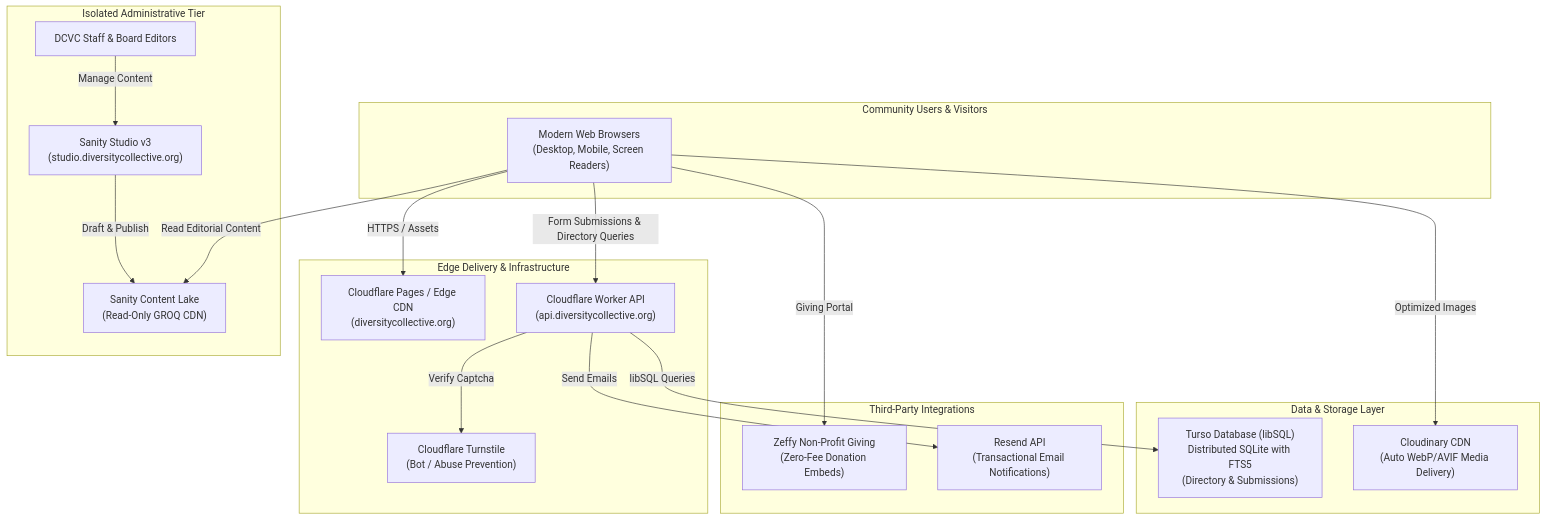
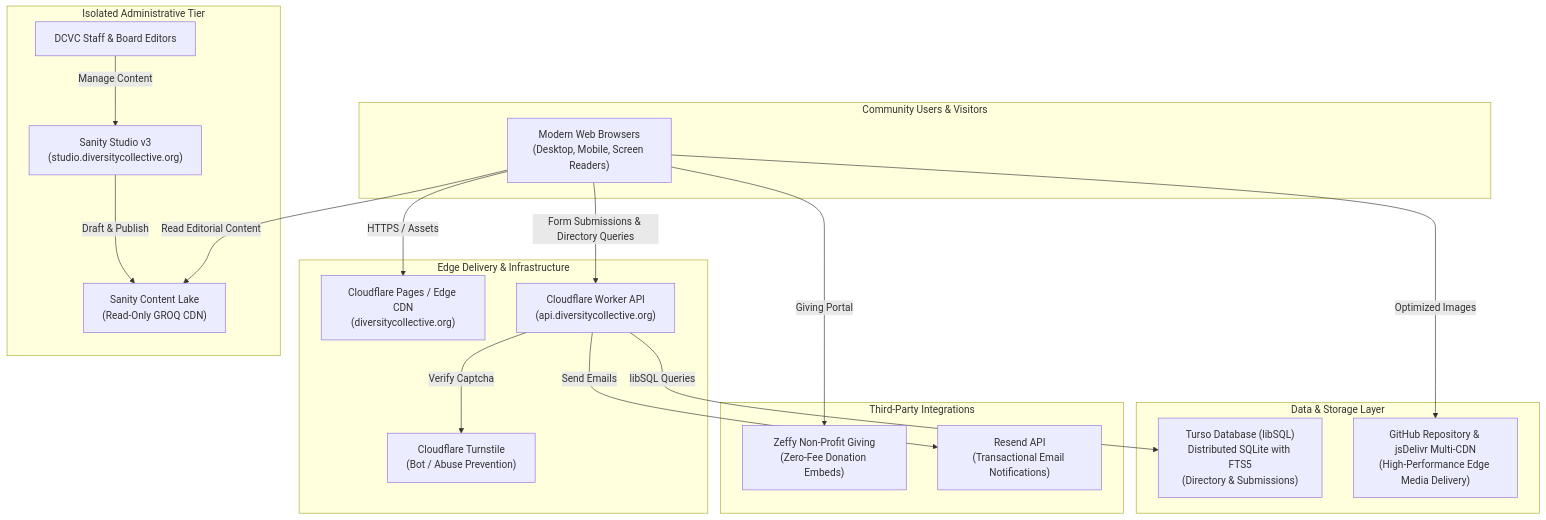
One commit to ritesh2445/diversity-collectives-v1 changed the diagram in ARCHITECTURE.md. Above: the diagram before and after it, drawn with Mermaid. The commit also changed 39 other files, not shown here.

Commit message:
feat(release): DCVC final quality assurance, pre-donation intent flow, and deployment hardening

````diff
--- a/ARCHITECTURE.md
+++ b/ARCHITECTURE.md
@@ -13,41 +13,41 @@
 ```mermaid
 flowchart TD
     subgraph Client ["Community Users & Visitors"]
         Browser["Modern Web Browsers\n(Desktop, Mobile, Screen Readers)"]
     end
 
     subgraph CDN ["Edge Delivery & Infrastructure"]
         CF_Pages["Cloudflare Pages / Edge CDN\n(diversitycollective.org)"]
         CF_Worker["Cloudflare Worker API\n(api.diversitycollective.org)"]
         Turnstile["Cloudflare Turnstile\n(Bot / Abuse Prevention)"]
     end
 
     subgraph Data ["Data & Storage Layer"]
         Turso["Turso Database (libSQL)\nDistributed SQLite with FTS5\n(Directory & Submissions)"]
-        Cloudinary["Cloudinary CDN\n(Auto WebP/AVIF Media Delivery)"]
+        GitHub_CDN["GitHub Repository & jsDelivr Multi-CDN\n(High-Performance Edge Media Delivery)"]
     end
 
     subgraph Integrations ["Third-Party Integrations"]
         Zeffy["Zeffy Non-Profit Giving\n(Zero-Fee Donation Embeds)"]
         Resend["Resend API\n(Transactional Email Notifications)"]
     end
 
     subgraph Admin ["Isolated Administrative Tier"]
         Sanity_Studio["Sanity Studio v3\n(studio.diversitycollective.org)"]
         Sanity_CDN["Sanity Content Lake\n(Read-Only GROQ CDN)"]
         Staff["DCVC Staff & Board Editors"]
     end
 
     Browser -->|HTTPS / Assets| CF_Pages
     Browser -->|Form Submissions & Directory Queries| CF_Worker
     Browser -->|Giving Portal| Zeffy
-    Browser -->|Optimized Images| Cloudinary
+    Browser -->|Optimized Images| GitHub_CDN
     Browser -->|Read Editorial Content| Sanity_CDN
 
     CF_Worker -->|Verify Captcha| Turnstile
     CF_Worker -->|libSQL Queries| Turso
     CF_Worker -->|Send Emails| Resend
 
     Staff -->|Manage Content| Sanity_Studio
     Sanity_Studio -->|Draft & Publish| Sanity_CDN
 ```
````
